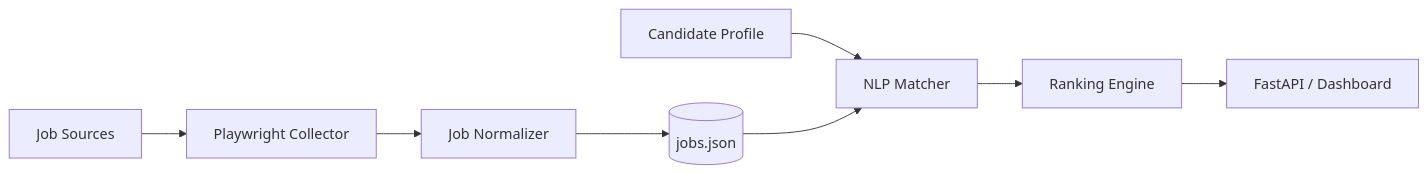
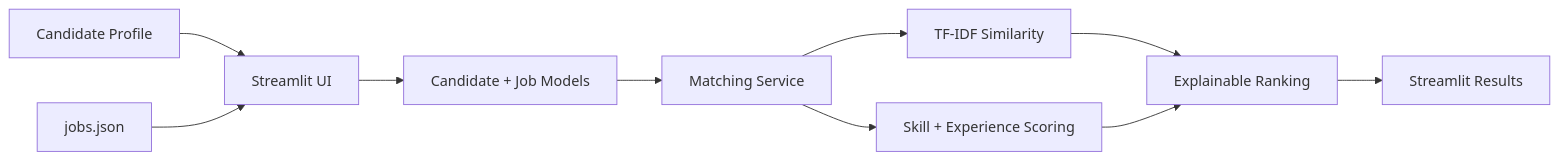
One commit to ankitha768/careerbridge-talent-acquisition-analytics changed the diagram in README.md. Above: the diagram before and after it, drawn with Mermaid. The commit also changed other lines of this file, not shown here.

Commit message:
Update README.md for Streamlit deployment

````diff
--- a/README.md
+++ b/README.md
@@ -16,10 +79,12 @@
 ```mermaid
 flowchart LR
-A[Job Sources] --> B[Playwright Collector]
-B --> C[Job Normalizer]
-C --> D[(jobs.json)]
-E[Candidate Profile] --> F[NLP Matcher]
-D --> F
-F --> G[Ranking Engine]
-G --> H[FastAPI / Dashboard]
+A[Candidate Profile] --> B[Streamlit UI]
+C[jobs.json] --> B
+B --> D[Candidate + Job Models]
+D --> E[Matching Service]
+E --> F[TF-IDF Similarity]
+E --> G[Skill + Experience Scoring]
+F --> H[Explainable Ranking]
+G --> H
+H --> I[Streamlit Results]
 ```
````
